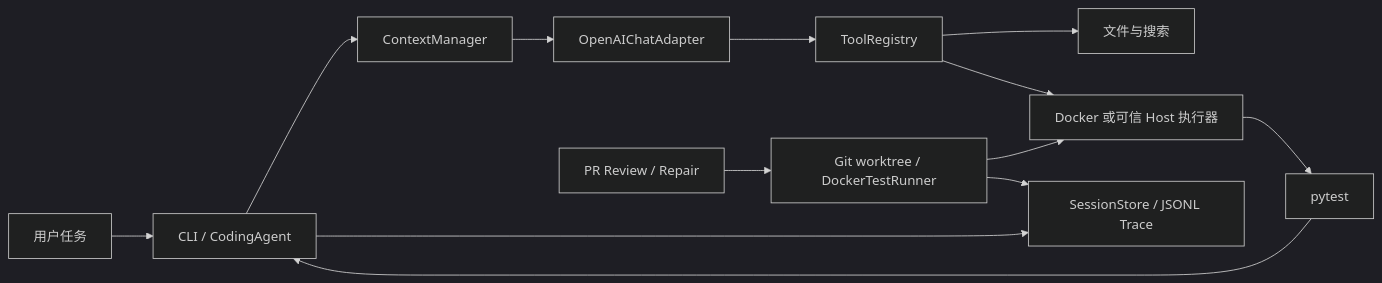
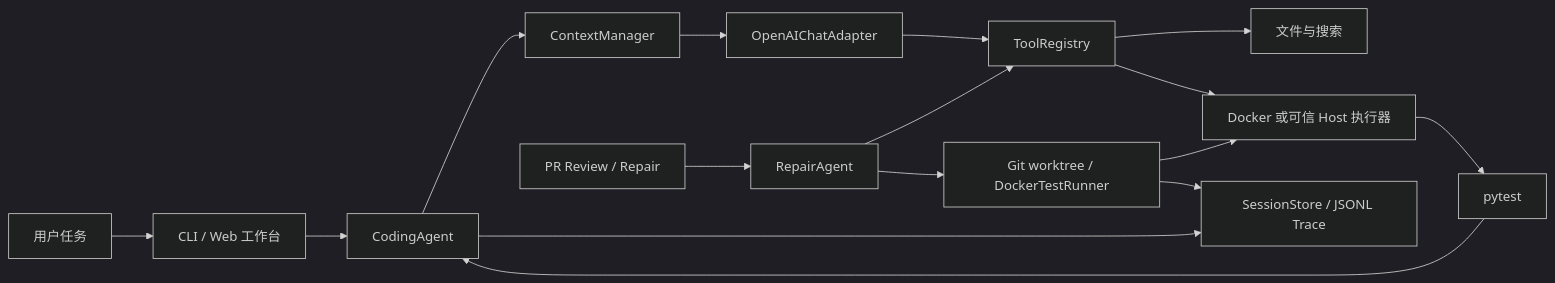
The diagram in README.md (liuzhouquan/selfforge-agent), drawn with Mermaid (dark theme) before and after one commit. The commit also changed other lines of this file and 17 other files, not shown here.

Commit message:
Add web coding jobs and shared repair edits

````diff
--- a/README.md
+++ b/README.md
@@ -85,15 +95,18 @@
 ```mermaid
 flowchart LR
-  U[用户任务] --> CLI[CLI / CodingAgent]
-  CLI --> C[ContextManager]
+  U[用户任务] --> I[CLI / Web 工作台]
+  I --> A[CodingAgent]
+  A --> C[ContextManager]
   C --> M[OpenAIChatAdapter]
   M --> T[ToolRegistry]
   T --> F[文件与搜索]
   T --> X[Docker 或可信 Host 执行器]
   X --> P[pytest]
-  CLI --> S[SessionStore / JSONL Trace]
-  P --> CLI
-  PR[PR Review / Repair] --> E[Git worktree / DockerTestRunner]
+  A --> S[SessionStore / JSONL Trace]
+  P --> A
+  PR[PR Review / Repair] --> R[RepairAgent]
+  R --> T
+  R --> E[Git worktree / DockerTestRunner]
   E --> X
   E --> S
 ```
````
